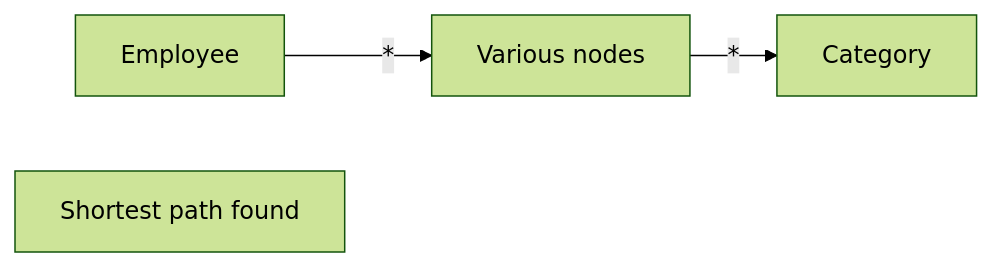
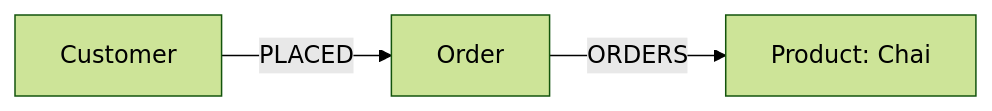
Before and after one commit to neo4j-graphacademy/courses: the third of 4 diagrams in asciidoc/courses/workshop-importing/modules/4-querying-data/lessons/3-pattern-matching/lesson.adoc, drawn with Mermaid (forest theme). The commit also changed other lines of this file and 32 other files, not shown here.

````diff
--- a/asciidoc/courses/workshop-importing/modules/4-querying-data/lessons/3-pattern-matching/lesson.adoc
+++ b/asciidoc/courses/workshop-importing/modules/4-querying-data/lessons/3-pattern-matching/lesson.adoc
@@ -154,7 +123,6 @@
-```mermaid
+[mermaid]
+....
 graph LR
-    A[Employee] -->|*| B[Various nodes]
-    B -->|*| C[Category]
-    
-    D[Shortest path found]
-```
+    A[Customer] -->|PLACED| B[Order]
+    B -->|ORDERS| C[Product: Chai]
+....
````
